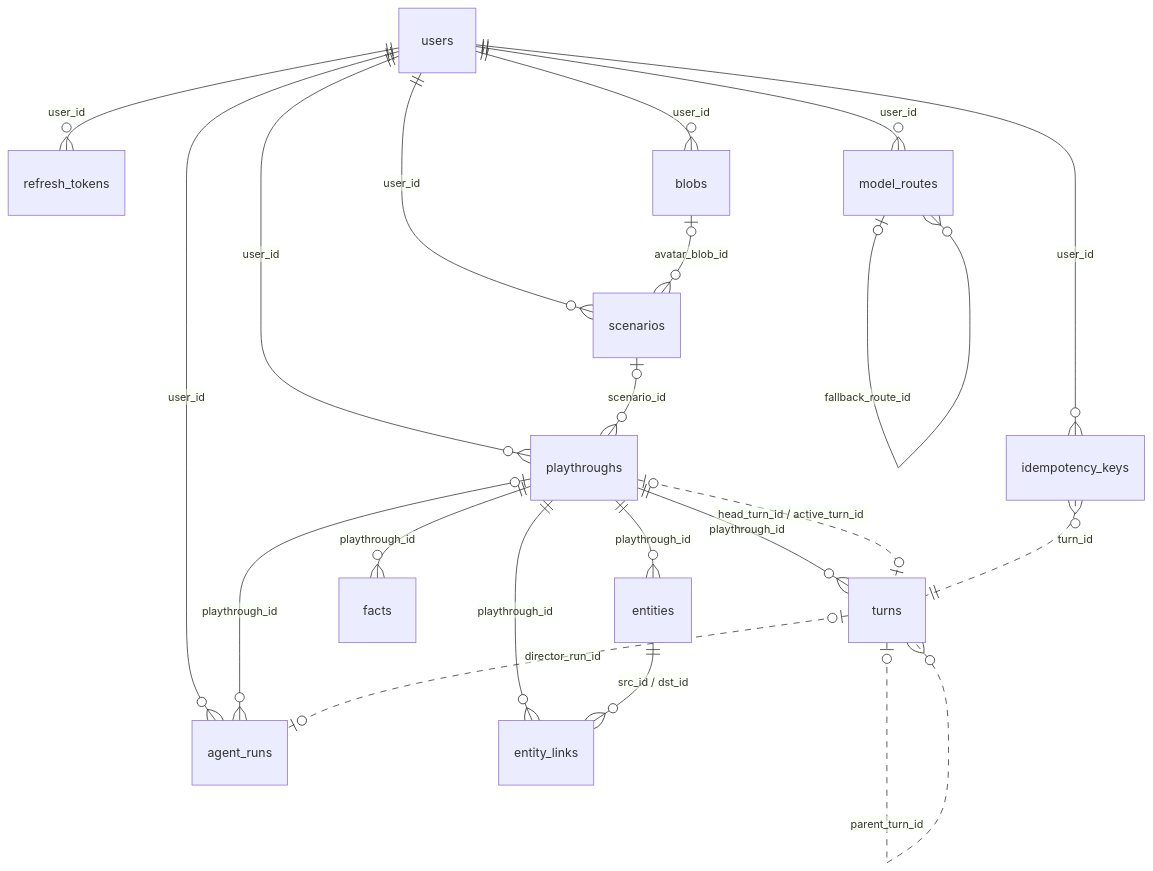
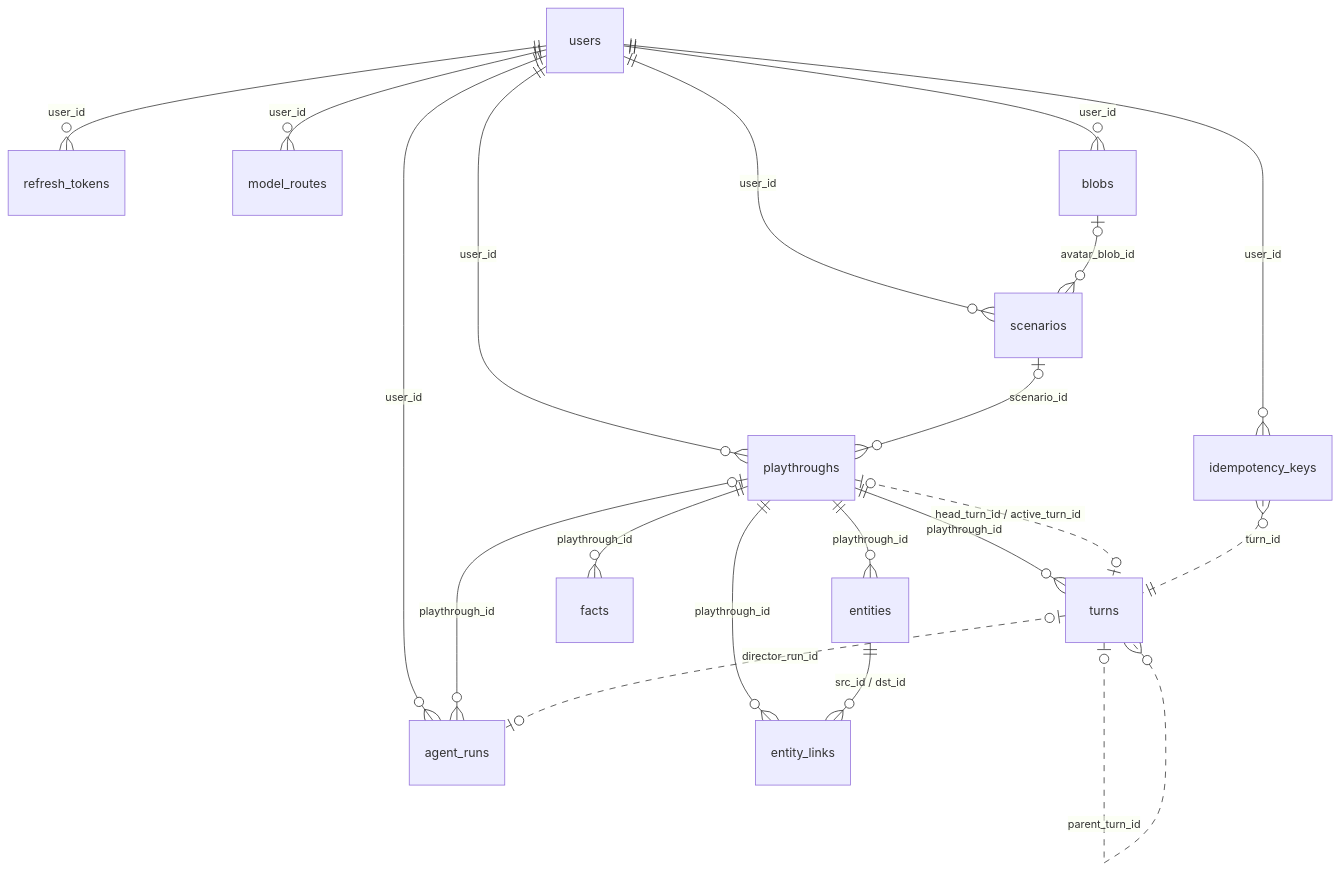
The diagram in docs/data-model/README.md (Hexthebaldy/BetterTavern), drawn with Mermaid before and after one commit. The commit also changed other lines of this file and 47 other files, not shown here.

````diff
--- a/docs/data-model/README.md
+++ b/docs/data-model/README.md
@@ -44,23 +44,22 @@
 ```mermaid
 erDiagram
     users ||--o{ refresh_tokens : "user_id"
     users ||--o{ model_routes : "user_id"
     users ||--o{ blobs : "user_id"
     users ||--o{ scenarios : "user_id"
     users ||--o{ playthroughs : "user_id"
     users ||--o{ agent_runs : "user_id"
     users ||--o{ idempotency_keys : "user_id"
-    model_routes |o--o{ model_routes : "fallback_route_id"
     blobs |o--o{ scenarios : "avatar_blob_id"
     scenarios |o--o{ playthroughs : "scenario_id"
     playthroughs ||--o{ turns : "playthrough_id"
     playthroughs ||--o{ entities : "playthrough_id"
     playthroughs ||--o{ entity_links : "playthrough_id"
     playthroughs ||--o{ facts : "playthrough_id"
     playthroughs |o--o{ agent_runs : "playthrough_id"
     entities ||--o{ entity_links : "src_id / dst_id"
     playthroughs |o..o| turns : "head_turn_id / active_turn_id"
     turns |o..o{ turns : "parent_turn_id"
     turns |o..o| agent_runs : "director_run_id"
     idempotency_keys }o..|| turns : "turn_id"
 ```
````
